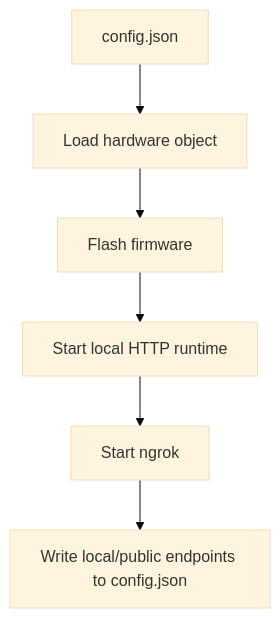
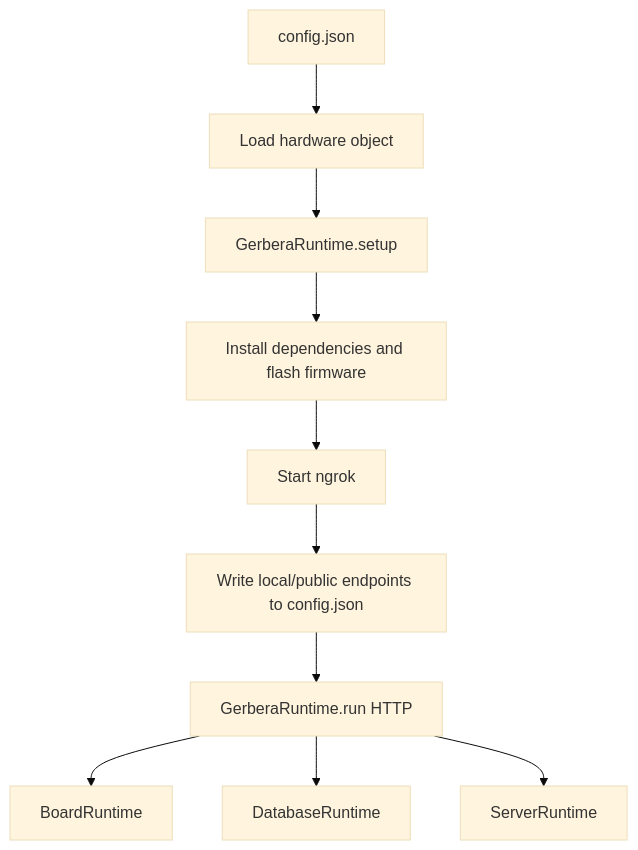
Before and after one commit to BaronLiu1993/gerbera: the diagram in src/gerbera_cli/setup/README.md, drawn with Mermaid (base theme). The commit also changed other lines of this file and 8 other files, not shown here.

````diff
--- a/src/gerbera_cli/setup/README.md
+++ b/src/gerbera_cli/setup/README.md
@@ -27,8 +27,12 @@
 ```mermaid
 flowchart TD
     A[config.json] --> B[Load hardware object]
-    B --> C[Flash firmware]
-    C --> D[Start local HTTP runtime]
+    B --> C[GerberaRuntime.setup]
+    C --> D[Install dependencies and flash firmware]
     D --> E[Start ngrok]
     E --> F[Write local/public endpoints to config.json]
+    F --> G[GerberaRuntime.run HTTP]
+    G --> H[BoardRuntime]
+    G --> I[DatabaseRuntime]
+    G --> J[ServerRuntime]
 ```
````
